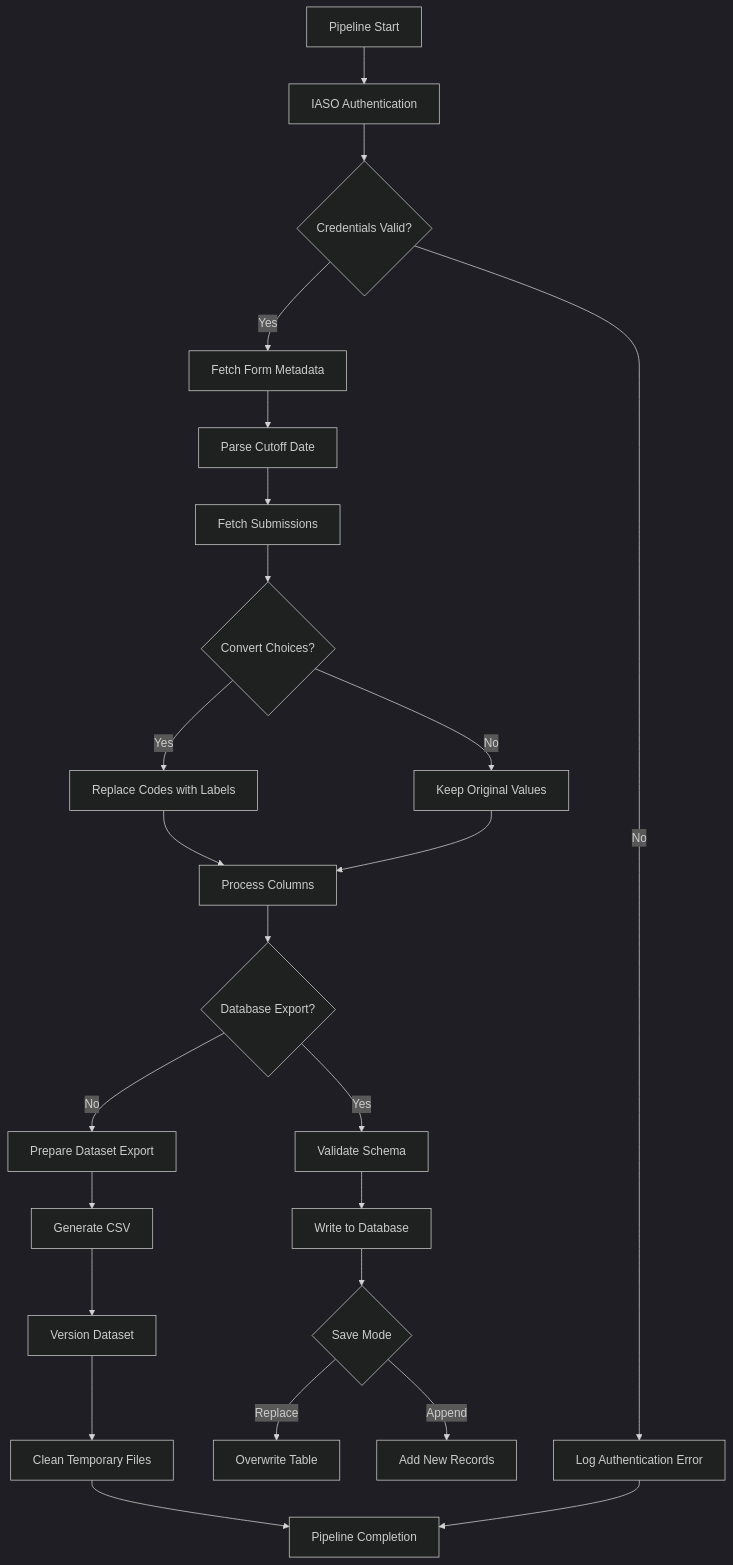
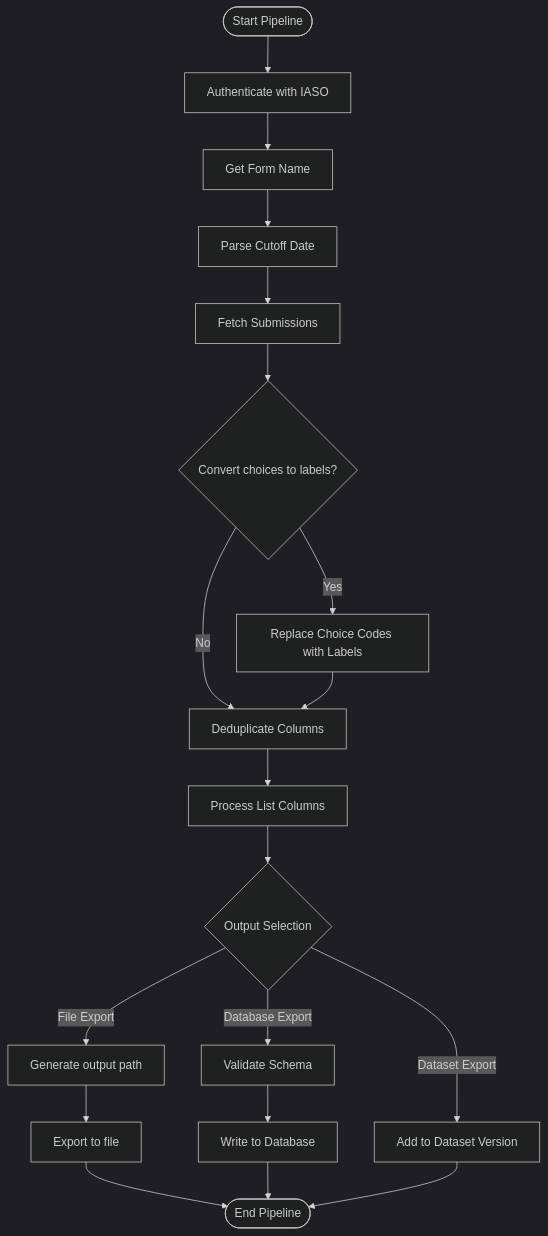
Before and after one commit to aanoble/openhexa-pipelines-iaso: the diagram in iaso_extract_submissions/Readme.md, drawn with Mermaid (dark theme). The commit also changed other lines of this file and 1 other file, not shown here.

Commit message:
fix(iaso_extract_submissions): update readme.md file to latest version of pipelines

````diff
--- a/iaso_extract_submissions/Readme.md
+++ b/iaso_extract_submissions/Readme.md
@@ -58,26 +32,21 @@
 ```mermaid
-flowchart TD
-    A[Pipeline Start] --> B[IASO Authentication]
-    B --> C{Credentials Valid?}
-    C -->|Yes| D[Fetch Form Metadata]
-    C -->|No| E[Log Authentication Error]
-    D --> F[Parse Cutoff Date]
-    F --> G[Fetch Submissions]
-    G --> H{Convert Choices?}
-    H -->|Yes| I[Replace Codes with Labels]
-    H -->|No| J[Keep Original Values]
-    I --> K[Process Columns]
-    J --> K
-    K --> L{Database Export?}
-    L -->|Yes| M[Validate Schema]
+graph TD
+    A([Start Pipeline]) --> B[Authenticate with IASO]
+    B --> C[Get Form Name]
+    C --> D[Parse Cutoff Date]
+    D --> E[Fetch Submissions]
+    E --> F{Convert choices to labels?}
+    F -->|Yes| G[Replace Choice Codes with Labels]
+    F -->|No| H[Deduplicate Columns]
+    G --> H
+    H --> I[Process List Columns]
+    I --> J{Output Selection}
+    J -->|File Export| K[Generate output path]
+    K --> L[Export to file]
+    J -->|Database Export| M[Validate Schema]
     M --> N[Write to Database]
-    N --> O{Save Mode}
-    O -->|Replace| P[Overwrite Table]
-    O -->|Append| Q[Add New Records]
-    L -->|No| R[Prepare Dataset Export]
-    R --> S[Generate CSV]
-    S --> T[Version Dataset]
-    T --> U[Clean Temporary Files]
-    U --> V[Pipeline Completion]
-    E --> V
+    J -->|Dataset Export| O[Add to Dataset Version]
+    L --> P([End Pipeline])
+    N --> P
+    O --> P
 ```
````
